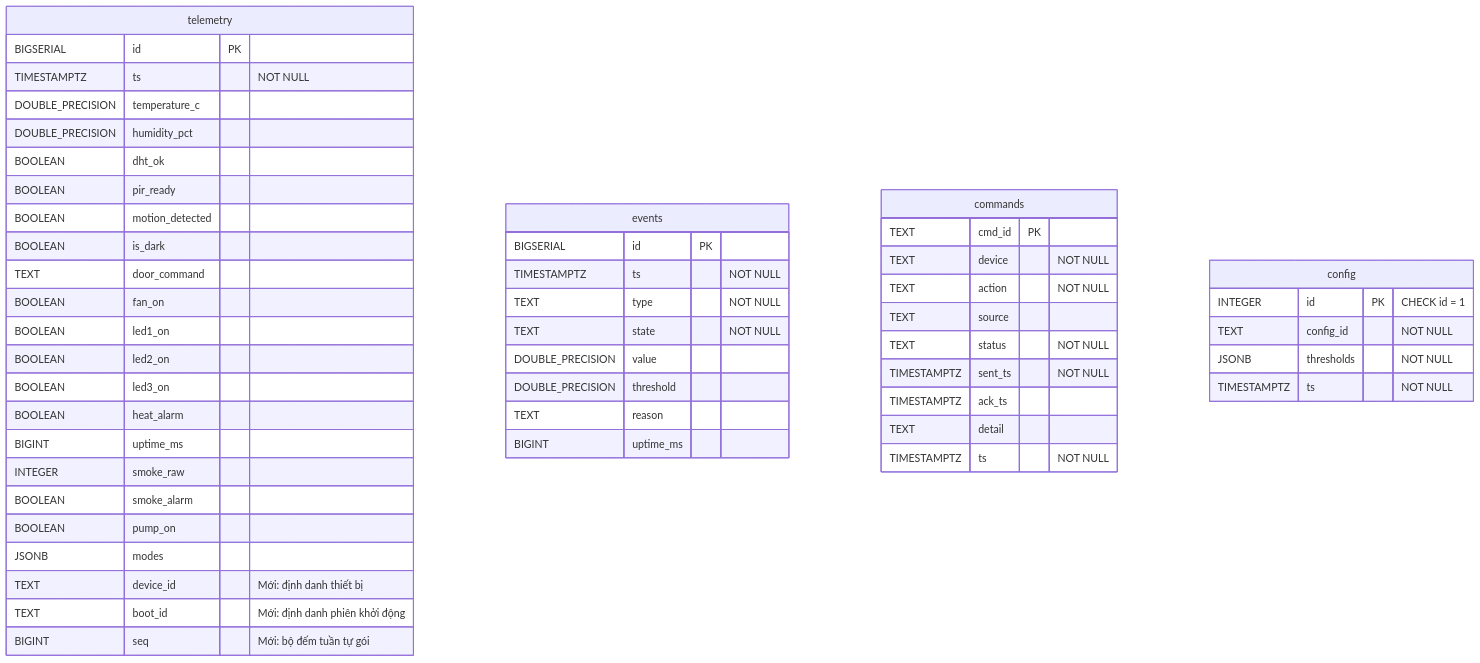
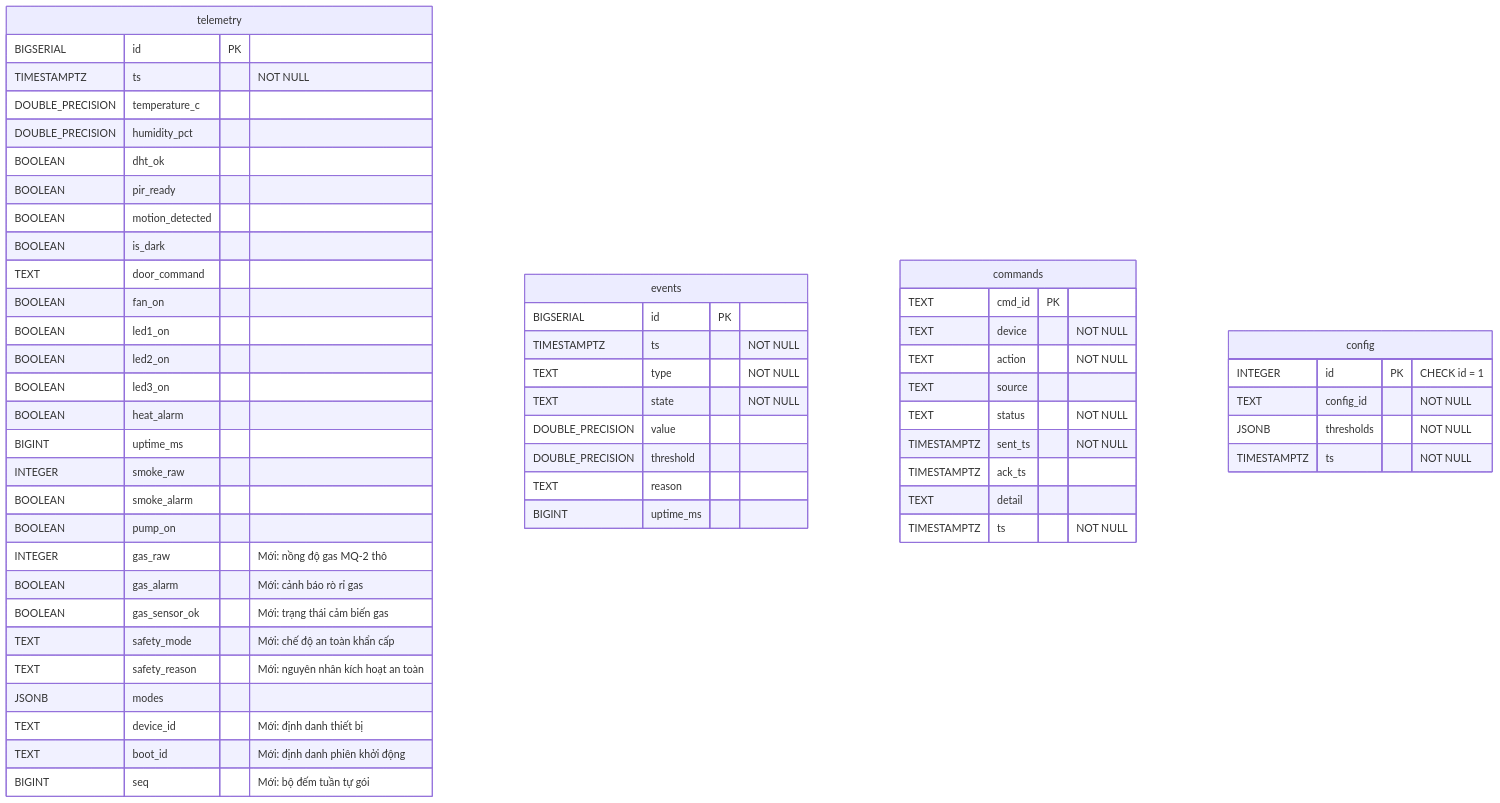
One commit to Vunguyentinee/Software_BTL-IOT changed the second of 2 diagrams in backend/docs/DB_DESIGN_THAI.md. Above: the diagram before and after it, drawn with Mermaid. The commit also changed other lines of this file and 5 other files, not shown here.

````diff
--- a/backend/docs/DB_DESIGN_THAI.md
+++ b/backend/docs/DB_DESIGN_THAI.md
@@ -69,57 +69,62 @@
 ```mermaid
 erDiagram
     telemetry {
         BIGSERIAL id PK
         TIMESTAMPTZ ts "NOT NULL"
         DOUBLE_PRECISION temperature_c
         DOUBLE_PRECISION humidity_pct
         BOOLEAN dht_ok
         BOOLEAN pir_ready
         BOOLEAN motion_detected
         BOOLEAN is_dark
         TEXT door_command
         BOOLEAN fan_on
         BOOLEAN led1_on
         BOOLEAN led2_on
         BOOLEAN led3_on
         BOOLEAN heat_alarm
         BIGINT uptime_ms
         INTEGER smoke_raw
         BOOLEAN smoke_alarm
         BOOLEAN pump_on
+        INTEGER gas_raw "Mới: nồng độ gas MQ-2 thô"
+        BOOLEAN gas_alarm "Mới: cảnh báo rò rỉ gas"
+        BOOLEAN gas_sensor_ok "Mới: trạng thái cảm biến gas"
+        TEXT safety_mode "Mới: chế độ an toàn khẩn cấp"
+        TEXT safety_reason "Mới: nguyên nhân kích hoạt an toàn"
         JSONB modes
         TEXT device_id "Mới: định danh thiết bị"
         TEXT boot_id "Mới: định danh phiên khởi động"
         BIGINT seq "Mới: bộ đếm tuần tự gói"
     }
 
     events {
         BIGSERIAL id PK
         TIMESTAMPTZ ts "NOT NULL"
         TEXT type "NOT NULL"
         TEXT state "NOT NULL"
         DOUBLE_PRECISION value
         DOUBLE_PRECISION threshold
         TEXT reason
         BIGINT uptime_ms
     }
 
     commands {
         TEXT cmd_id PK
         TEXT device "NOT NULL"
         TEXT action "NOT NULL"
         TEXT source
         TEXT status "NOT NULL"
         TIMESTAMPTZ sent_ts "NOT NULL"
         TIMESTAMPTZ ack_ts
         TEXT detail
         TIMESTAMPTZ ts "NOT NULL"
     }
 
     config {
         INTEGER id PK "CHECK id = 1"
         TEXT config_id "NOT NULL"
         JSONB thresholds "NOT NULL"
         TIMESTAMPTZ ts "NOT NULL"
     }
 ```
````
